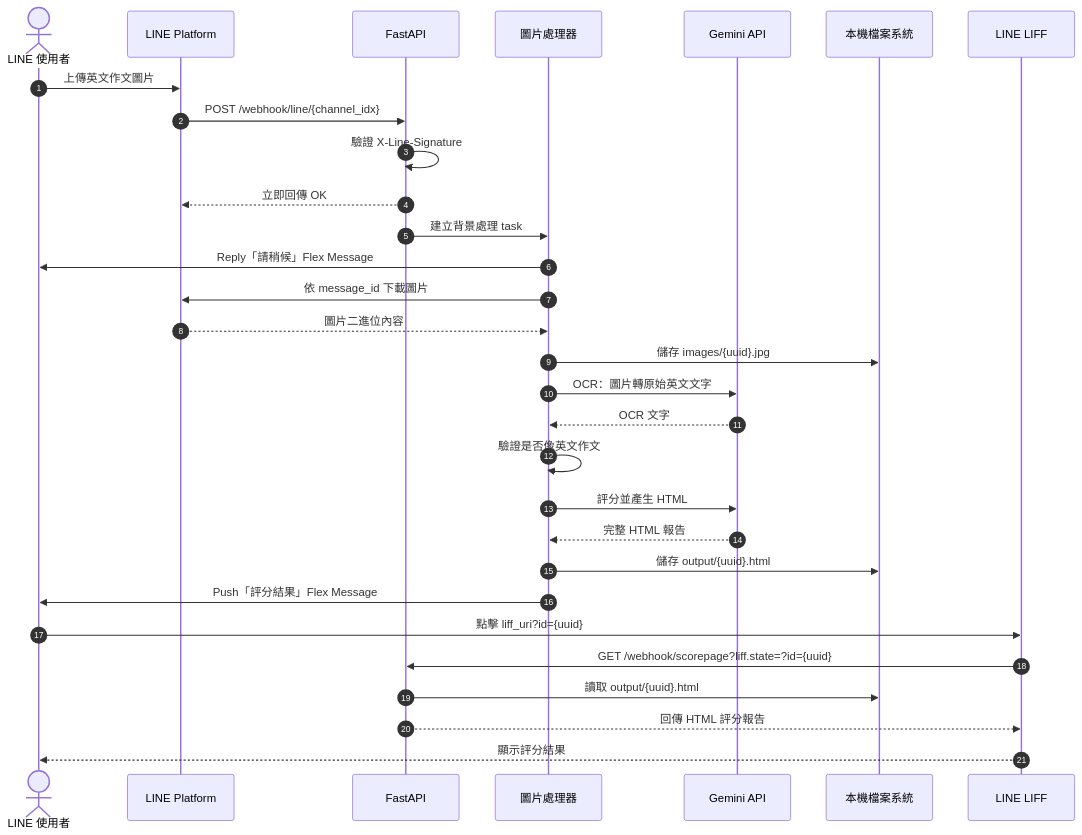
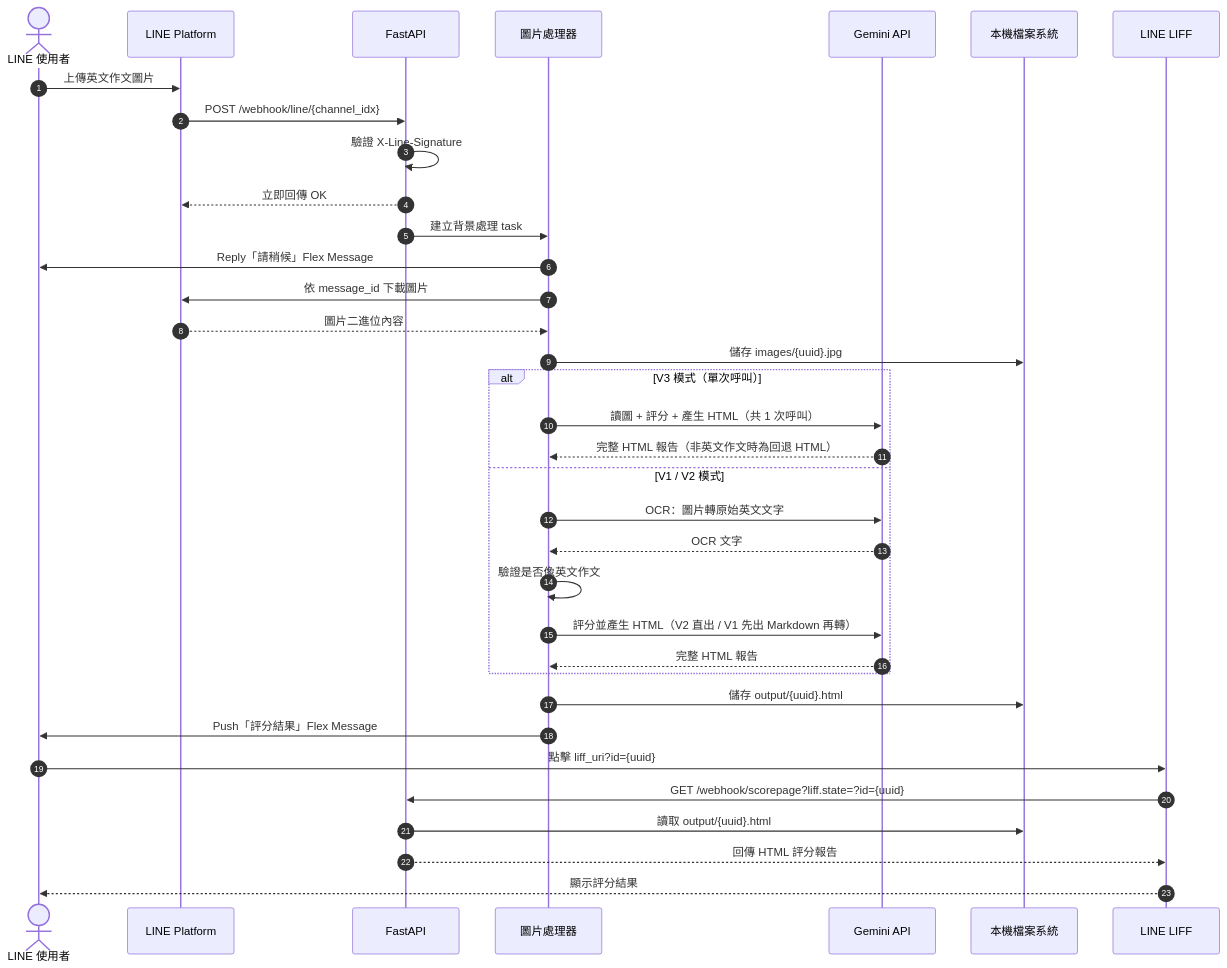
Before and after one commit to fukushiYu/line_webhook: the diagram in CURRENT_SYSTEM_BASELINE.md, drawn with Mermaid.

Commit message:
docs: update sequence diagram in baseline to show V1/V2/V3 mode branching

````diff
--- a/CURRENT_SYSTEM_BASELINE.md
+++ b/CURRENT_SYSTEM_BASELINE.md
@@ -19,33 +19,38 @@
 ```mermaid
 sequenceDiagram
     autonumber
     actor User as LINE 使用者
     participant LINE as LINE Platform
     participant API as FastAPI
     participant Handler as 圖片處理器
     participant Gemini as Gemini API
     participant Disk as 本機檔案系統
     participant LIFF as LINE LIFF
 
     User->>LINE: 上傳英文作文圖片
     LINE->>API: POST /webhook/line/{channel_idx}
     API->>API: 驗證 X-Line-Signature
     API-->>LINE: 立即回傳 OK
     API->>Handler: 建立背景處理 task
     Handler->>User: Reply「請稍候」Flex Message
     Handler->>LINE: 依 message_id 下載圖片
     LINE-->>Handler: 圖片二進位內容
     Handler->>Disk: 儲存 images/{uuid}.jpg
-    Handler->>Gemini: OCR：圖片轉原始英文文字
-    Gemini-->>Handler: OCR 文字
-    Handler->>Handler: 驗證是否像英文作文
-    Handler->>Gemini: 評分並產生 HTML
-    Gemini-->>Handler: 完整 HTML 報告
+    alt V3 模式（單次呼叫）
+        Handler->>Gemini: 讀圖 + 評分 + 產生 HTML（共 1 次呼叫）
+        Gemini-->>Handler: 完整 HTML 報告（非英文作文時為回退 HTML）
+    else V1 / V2 模式
+        Handler->>Gemini: OCR：圖片轉原始英文文字
+        Gemini-->>Handler: OCR 文字
+        Handler->>Handler: 驗證是否像英文作文
+        Handler->>Gemini: 評分並產生 HTML（V2 直出 / V1 先出 Markdown 再轉）
+        Gemini-->>Handler: 完整 HTML 報告
+    end
     Handler->>Disk: 儲存 output/{uuid}.html
     Handler->>User: Push「評分結果」Flex Message
     User->>LIFF: 點擊 liff_uri?id={uuid}
     LIFF->>API: GET /webhook/scorepage?liff.state=?id={uuid}
     API->>Disk: 讀取 output/{uuid}.html
     API-->>LIFF: 回傳 HTML 評分報告
     LIFF-->>User: 顯示評分結果
 ```
````
